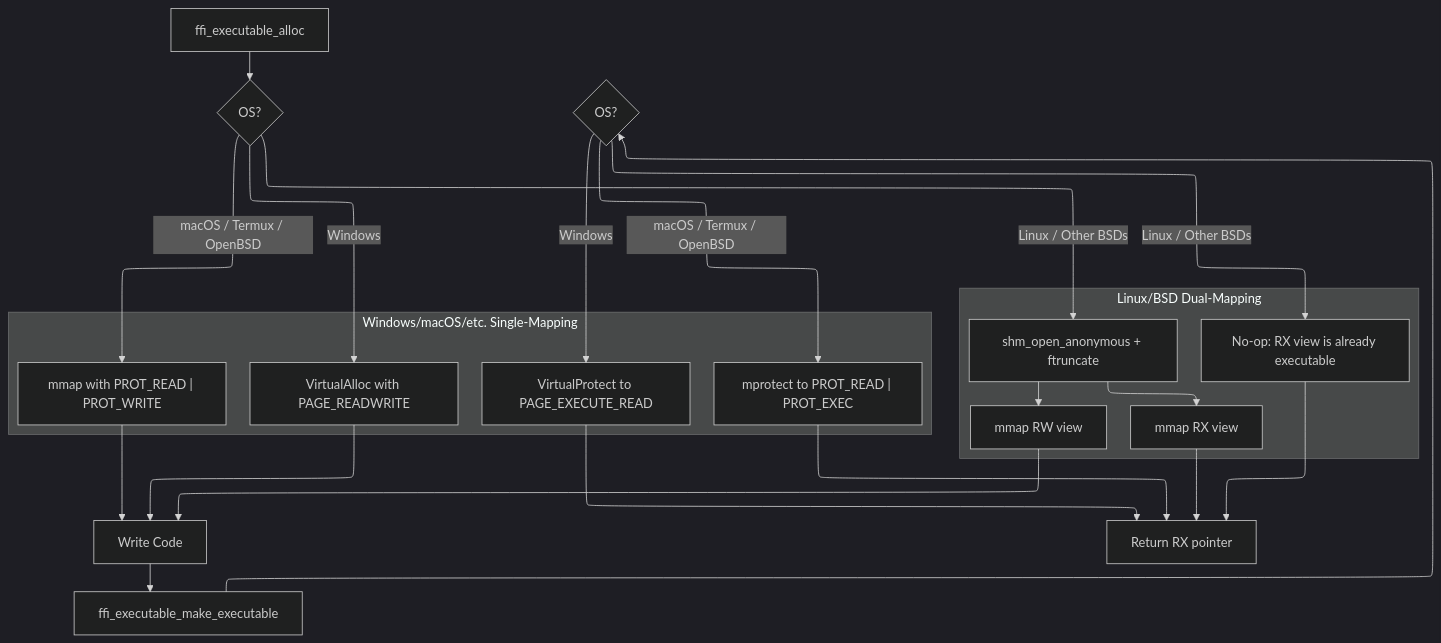
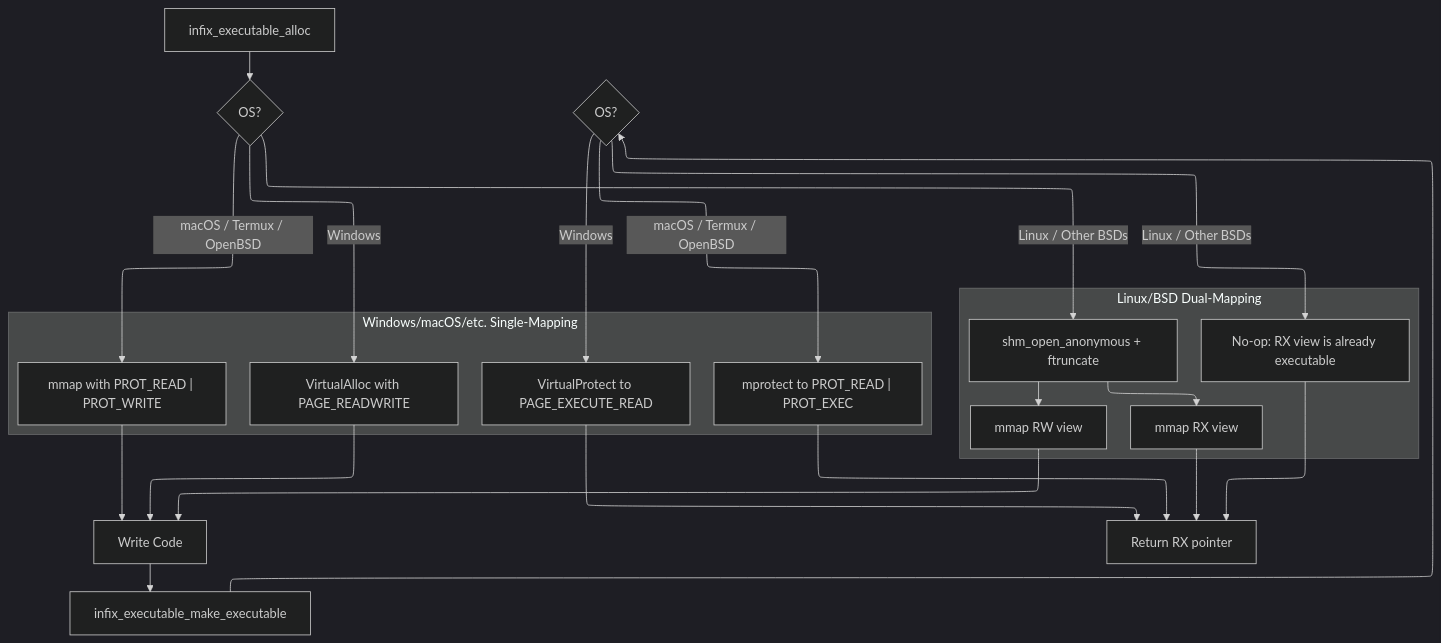
The first of 3 diagrams in docs/internals.md (sanko/infix), drawn with Mermaid before and after one commit. The commit also changed other lines of this file and 98 other files, not shown here.

````diff
--- a/docs/internals.md
+++ b/docs/internals.md
@@ -127,35 +121,35 @@
 ```mermaid
 ---
 config:
   layout: elk
   theme: dark
 ---
 graph
-    A[ffi_executable_alloc] --> B{OS?};
+    A[infix_executable_alloc] --> B{OS?};
     B -->|Windows| C[VirtualAlloc with PAGE_READWRITE];
     B -->|macOS / Termux / OpenBSD| D["mmap with PROT_READ | PROT_WRITE"];
     B -->|Linux / Other BSDs| E[shm_open_anonymous + ftruncate];
 
     C --> F[Write Code];
     D --> F;
     E --> G[mmap RW view] --> F;
     E --> H[mmap RX view];
 
-    F --> I[ffi_executable_make_executable];
+    F --> I[infix_executable_make_executable];
     I --> J{OS?};
     J -->|Windows| K[VirtualProtect to PAGE_EXECUTE_READ];
     J -->|macOS / Termux / OpenBSD| L["mprotect to PROT_READ | PROT_EXEC"];
     J -->|Linux / Other BSDs| M[No-op: RX view is already executable];
 
     K --> N[Return RX pointer];
     L --> N;
     M --> N;
     H --> N;
 
     subgraph "Linux/BSD Dual-Mapping"
       E; G; H; M;
     end
     subgraph "Windows/macOS/etc. Single-Mapping"
       C; D; K; L;
     end
 ```
````
